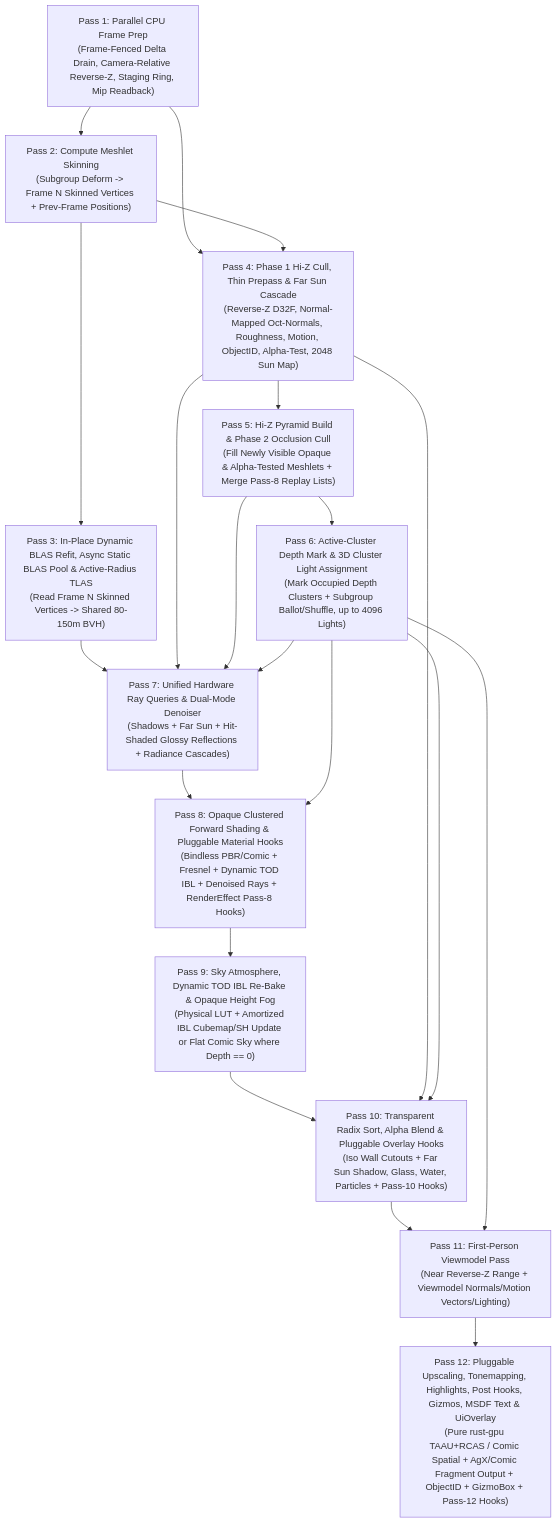
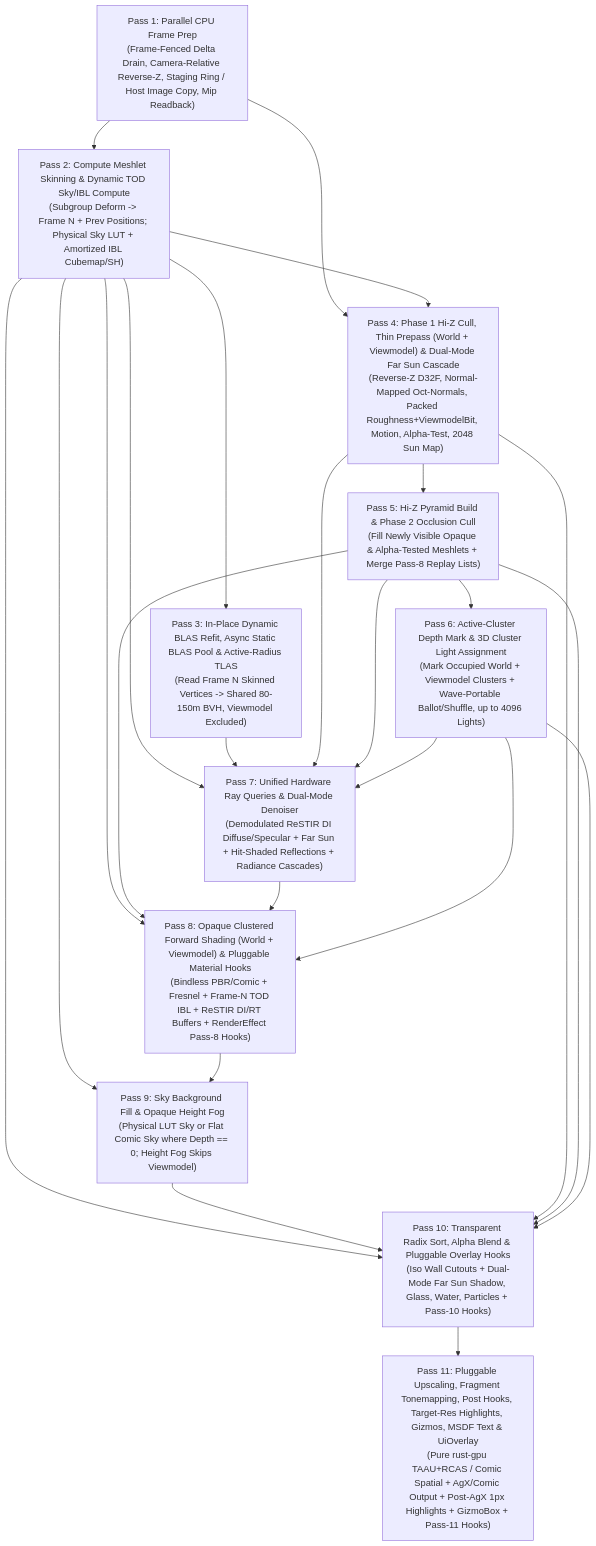
Before and after one commit to dragon-engine/dragon-engine: the diagram in docs/graphics-architecture.md, drawn with Mermaid. The commit also changed other lines of this file and 1 other file, not shown here.

First line of the commit message:
Update graphics specs for Vulkan 1.4

````diff
--- a/docs/graphics-architecture.md
+++ b/docs/graphics-architecture.md
@@ -45,35 +45,38 @@
 ```mermaid
 flowchart TD
-    P1["Pass 1: Parallel CPU Frame Prep\n(Frame-Fenced Delta Drain, Camera-Relative Reverse-Z, Staging Ring, Mip Readback)"]
-    P2["Pass 2: Compute Meshlet Skinning\n(Subgroup Deform -> Frame N Skinned Vertices + Prev-Frame Positions)"]
-    P3["Pass 3: In-Place Dynamic BLAS Refit, Async Static BLAS Pool & Active-Radius TLAS\n(Read Frame N Skinned Vertices -> Shared 80-150m BVH)"]
-    P4["Pass 4: Phase 1 Hi-Z Cull, Thin Prepass & Far Sun Cascade\n(Reverse-Z D32F, Normal-Mapped Oct-Normals, Roughness, Motion, ObjectID, Alpha-Test, 2048 Sun Map)"]
+    P1["Pass 1: Parallel CPU Frame Prep\n(Frame-Fenced Delta Drain, Camera-Relative Reverse-Z, Staging Ring / Host Image Copy, Mip Readback)"]
+    P2["Pass 2: Compute Meshlet Skinning & Dynamic TOD Sky/IBL Compute\n(Subgroup Deform -> Frame N + Prev Positions; Physical Sky LUT + Amortized IBL Cubemap/SH)"]
+    P3["Pass 3: In-Place Dynamic BLAS Refit, Async Static BLAS Pool & Active-Radius TLAS\n(Read Frame N Skinned Vertices -> Shared 80-150m BVH, Viewmodel Excluded)"]
+    P4["Pass 4: Phase 1 Hi-Z Cull, Thin Prepass (World + Viewmodel) & Dual-Mode Far Sun Cascade\n(Reverse-Z D32F, Normal-Mapped Oct-Normals, Packed Roughness+ViewmodelBit, Motion, Alpha-Test, 2048 Sun Map)"]
     P5["Pass 5: Hi-Z Pyramid Build & Phase 2 Occlusion Cull\n(Fill Newly Visible Opaque & Alpha-Tested Meshlets + Merge Pass-8 Replay Lists)"]
-    P6["Pass 6: Active-Cluster Depth Mark & 3D Cluster Light Assignment\n(Mark Occupied Depth Clusters + Subgroup Ballot/Shuffle, up to 4096 Lights)"]
-    P7["Pass 7: Unified Hardware Ray Queries & Dual-Mode Denoiser\n(Shadows + Far Sun + Hit-Shaded Glossy Reflections + Radiance Cascades)"]
-    P8["Pass 8: Opaque Clustered Forward Shading & Pluggable Material Hooks\n(Bindless PBR/Comic + Fresnel + Dynamic TOD IBL + Denoised Rays + RenderEffect Pass-8 Hooks)"]
-    P9["Pass 9: Sky Atmosphere, Dynamic TOD IBL Re-Bake & Opaque Height Fog\n(Physical LUT + Amortized IBL Cubemap/SH Update or Flat Comic Sky where Depth == 0)"]
-    P10["Pass 10: Transparent Radix Sort, Alpha Blend & Pluggable Overlay Hooks\n(Iso Wall Cutouts + Far Sun Shadow, Glass, Water, Particles + Pass-10 Hooks)"]
-    P11["Pass 11: First-Person Viewmodel Pass\n(Near Reverse-Z Range + Viewmodel Normals/Motion Vectors/Lighting)"]
-    P12["Pass 12: Pluggable Upscaling, Tonemapping, Highlights, Post Hooks, Gizmos, MSDF Text & UiOverlay\n(Pure rust-gpu TAAU+RCAS / Comic Spatial + AgX/Comic Fragment Output + ObjectID + GizmoBox + Pass-12 Hooks)"]
+    P6["Pass 6: Active-Cluster Depth Mark & 3D Cluster Light Assignment\n(Mark Occupied World + Viewmodel Clusters + Wave-Portable Ballot/Shuffle, up to 4096 Lights)"]
+    P7["Pass 7: Unified Hardware Ray Queries & Dual-Mode Denoiser\n(Demodulated ReSTIR DI Diffuse/Specular + Far Sun + Hit-Shaded Reflections + Radiance Cascades)"]
+    P8["Pass 8: Opaque Clustered Forward Shading (World + Viewmodel) & Pluggable Material Hooks\n(Bindless PBR/Comic + Fresnel + Frame-N TOD IBL + ReSTIR DI/RT Buffers + RenderEffect Pass-8 Hooks)"]
+    P9["Pass 9: Sky Background Fill & Opaque Height Fog\n(Physical LUT Sky or Flat Comic Sky where Depth == 0; Height Fog Skips Viewmodel)"]
+    P10["Pass 10: Transparent Radix Sort, Alpha Blend & Pluggable Overlay Hooks\n(Iso Wall Cutouts + Dual-Mode Far Sun Shadow, Glass, Water, Particles + Pass-10 Hooks)"]
+    P11["Pass 11: Pluggable Upscaling, Fragment Tonemapping, Post Hooks, Target-Res Highlights, Gizmos, MSDF Text & UiOverlay\n(Pure rust-gpu TAAU+RCAS / Comic Spatial + AgX/Comic Output + Post-AgX 1px Highlights + GizmoBox + Pass-11 Hooks)"]
 
     P1 --> P2
     P1 --> P4
     P2 --> P3
     P2 --> P4
+    P2 --> P7
+    P2 --> P8
+    P2 --> P9
+    P2 --> P10
     P4 --> P5
     P5 --> P6
+    P5 --> P8
     P3 --> P7
     P4 --> P7
     P5 --> P7
     P6 --> P7
     P7 --> P8
     P6 --> P8
     P8 --> P9
     P9 --> P10
     P4 --> P10
+    P5 --> P10
     P6 --> P10
     P10 --> P11
-    P6 --> P11
-    P11 --> P12
 ```
````
